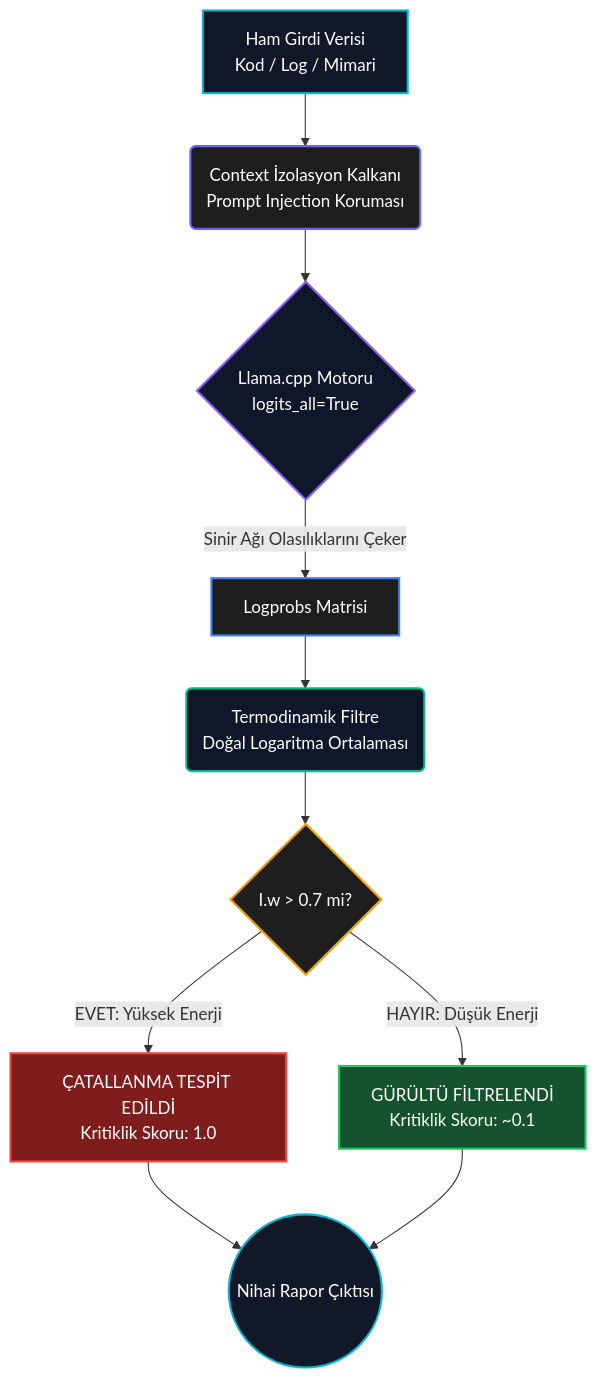
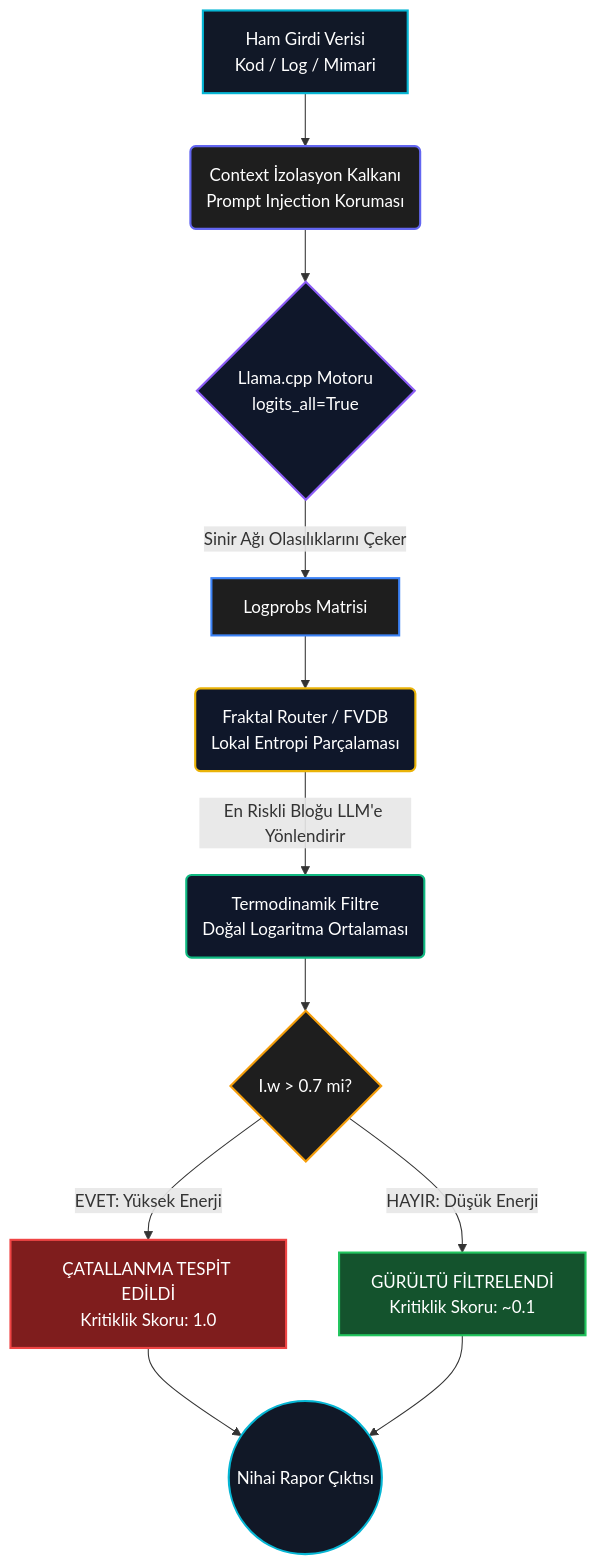
One commit to ikurdas/maxwell-engine changed the first of 2 diagrams in README.md. Above: the diagram before and after it, drawn with Mermaid. The commit also changed other lines of this file and 1 other file, not shown here.

Commit message:
docs: add Fractal Router (FVDB) architecture flow to README and explanation docs

````diff
--- a/README.md
+++ b/README.md
@@ -32,37 +32,41 @@
 ```mermaid
 graph TD
     A[Ham Girdi Verisi<br>Kod / Log / Mimari] --> B(Context İzolasyon Kalkanı<br>Prompt Injection Koruması)
     B --> C{Llama.cpp Motoru<br>logits_all=True}
     
     C -->|Sinir Ağı Olasılıklarını Çeker| D[Logprobs Matrisi]
     
-    D --> E(Termodinamik Filtre<br>Doğal Logaritma Ortalaması)
+    D --> E(Fraktal Router / FVDB<br>Lokal Entropi Parçalaması)
     
-    E --> F{I.w > 0.7 mi?}
+    E -->|En Riskli Bloğu LLM'e Yönlendirir| F(Termodinamik Filtre<br>Doğal Logaritma Ortalaması)
     
-    F -->|EVET: Yüksek Enerji| G[ÇATALLANMA TESPİT EDİLDİ<br>Kritiklik Skoru: 1.0]
-    F -->|HAYIR: Düşük Enerji| H[GÜRÜLTÜ FİLTRELENDİ<br>Kritiklik Skoru: ~0.1]
+    F --> G{I.w > 0.7 mi?}
     
-    G --> I((Nihai Rapor Çıktısı))
-    H --> I
+    G -->|EVET: Yüksek Enerji| H[ÇATALLANMA TESPİT EDİLDİ<br>Kritiklik Skoru: 1.0]
+    G -->|HAYIR: Düşük Enerji| I[GÜRÜLTÜ FİLTRELENDİ<br>Kritiklik Skoru: ~0.1]
+    
+    H --> J((Nihai Rapor Çıktısı))
+    I --> J
     
     click A "https://github.com/ikurdas/maxwell-engine/blob/main/architecture_explanation.md#a-ham-girdi-verisi-kod--log--mimari" "Detaylar için tıklayın"
     click B "https://github.com/ikurdas/maxwell-engine/blob/main/architecture_explanation.md#b-context-i̇zolasyon-kalkanı-prompt-injection-koruması" "Detaylar için tıklayın"
     click C "https://github.com/ikurdas/maxwell-engine/blob/main/architecture_explanation.md#c-llamacpp-motoru-logits_alltrue" "Detaylar için tıklayın"
     click D "https://github.com/ikurdas/maxwell-engine/blob/main/architecture_explanation.md#d-logprobs-matrisi" "Detaylar için tıklayın"
-    click E "https://github.com/ikurdas/maxwell-engine/blob/main/architecture_explanation.md#e-termodinamik-filtre-doğal-logaritma-ortalaması" "Detaylar için tıklayın"
-    click F "https://github.com/ikurdas/maxwell-engine/blob/main/architecture_explanation.md#f-iw--07-mi-kritiklik-eşiği-kontrolü" "Detaylar için tıklayın"
-    click G "https://github.com/ikurdas/maxwell-engine/blob/main/architecture_explanation.md#g--h-çatallanma-bifurcation-ve-gürültü-noise-ayrımı" "Detaylar için tıklayın"
-    click H "https://github.com/ikurdas/maxwell-engine/blob/main/architecture_explanation.md#g--h-çatallanma-bifurcation-ve-gürültü-noise-ayrımı" "Detaylar için tıklayın"
-    click I "https://github.com/ikurdas/maxwell-engine/blob/main/architecture_explanation.md#i-nihai-rapor-çıktısı-sıfır-halüsinasyon" "Detaylar için tıklayın"
+    click E "https://github.com/ikurdas/maxwell-engine/blob/main/architecture_explanation.md#e-fraktal-router-fvdb-anlamsal-yonlendirme" "Detaylar için tıklayın"
+    click F "https://github.com/ikurdas/maxwell-engine/blob/main/architecture_explanation.md#f-termodinamik-filtre-doğal-logaritma-ortalaması" "Detaylar için tıklayın"
+    click G "https://github.com/ikurdas/maxwell-engine/blob/main/architecture_explanation.md#g-iw--07-mi-kritiklik-eşiği-kontrolü" "Detaylar için tıklayın"
+    click H "https://github.com/ikurdas/maxwell-engine/blob/main/architecture_explanation.md#h--i-çatallanma-bifurcation-ve-gürültü-noise-ayrımı" "Detaylar için tıklayın"
+    click I "https://github.com/ikurdas/maxwell-engine/blob/main/architecture_explanation.md#h--i-çatallanma-bifurcation-ve-gürültü-noise-ayrımı" "Detaylar için tıklayın"
+    click J "https://github.com/ikurdas/maxwell-engine/blob/main/architecture_explanation.md#j-nihai-rapor-çıktısı-sıfır-halüsinasyon" "Detaylar için tıklayın"
     
     style A fill:#111827,stroke:#06b6d4,stroke-width:2px,color:#fff
     style B fill:#1e1e1e,stroke:#6366f1,stroke-width:2px,color:#fff
     style C fill:#0f172a,stroke:#8b5cf6,stroke-width:2px,color:#fff
     style D fill:#1e1e1e,stroke:#3b82f6,stroke-width:2px,color:#fff
-    style E fill:#0f172a,stroke:#10b981,stroke-width:2px,color:#fff
-    style F fill:#1e1e1e,stroke:#f59e0b,stroke-width:2px,color:#fff
-    style G fill:#7f1d1d,stroke:#ef4444,stroke-width:2px,color:#fff
-    style H fill:#14532d,stroke:#22c55e,stroke-width:2px,color:#fff
-    style I fill:#111827,stroke:#06b6d4,stroke-width:2px,color:#fff
+    style E fill:#0f172a,stroke:#eab308,stroke-width:2px,color:#fff
+    style F fill:#0f172a,stroke:#10b981,stroke-width:2px,color:#fff
+    style G fill:#1e1e1e,stroke:#f59e0b,stroke-width:2px,color:#fff
+    style H fill:#7f1d1d,stroke:#ef4444,stroke-width:2px,color:#fff
+    style I fill:#14532d,stroke:#22c55e,stroke-width:2px,color:#fff
+    style J fill:#111827,stroke:#06b6d4,stroke-width:2px,color:#fff
 ```
````
